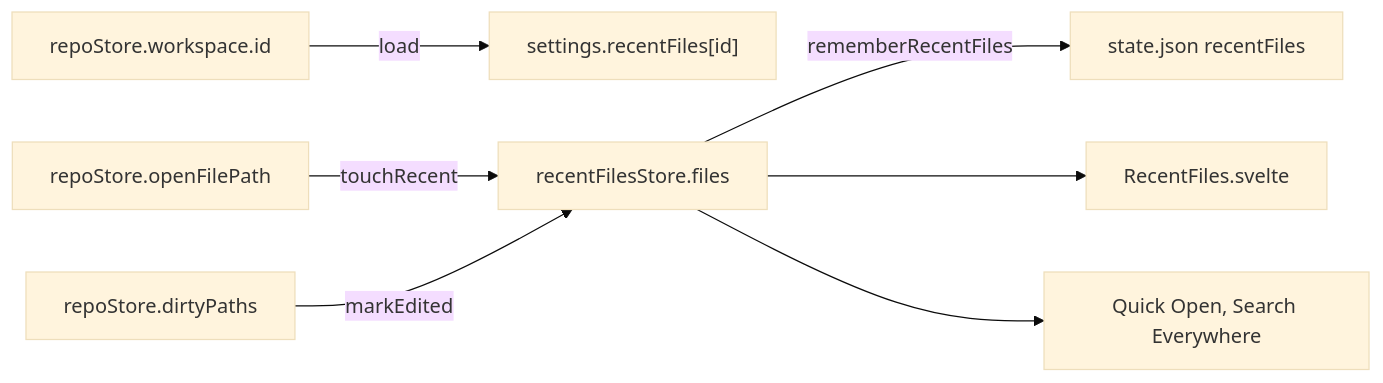
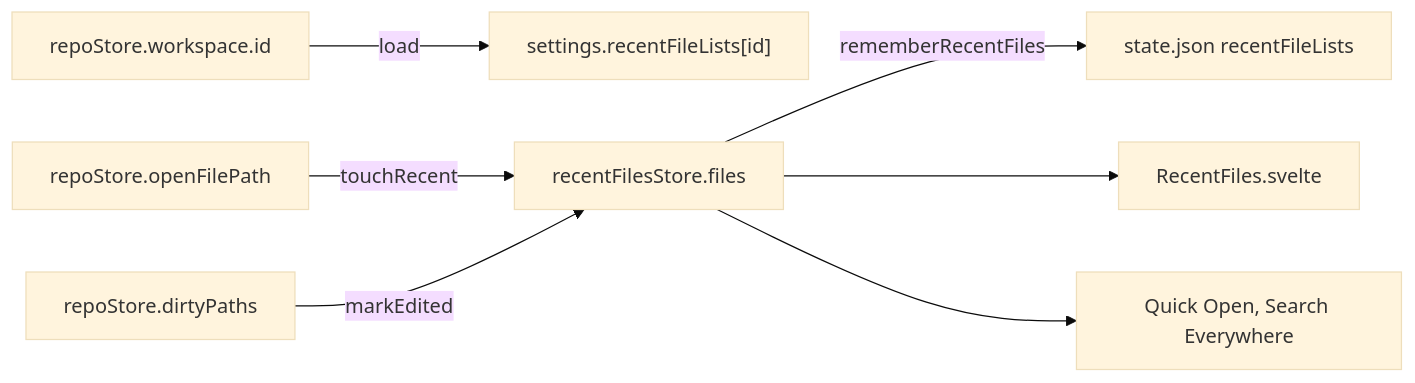
One commit to shibbirweb/git-manager changed the diagram in docs/wiki/developer/How-Recent-Files-Work.md. Above: the diagram before and after it, drawn with Mermaid (base theme). The commit also changed other lines of this file and 14 other files, not shown here.

````diff
--- a/docs/wiki/developer/How-Recent-Files-Work.md
+++ b/docs/wiki/developer/How-Recent-Files-Work.md
@@ -24,9 +24,9 @@
 ```mermaid
 flowchart LR
-  W["repoStore.workspace.id"] -->|load| L["settings.recentFiles[id]"]
+  W["repoStore.workspace.id"] -->|load| L["settings.recentFileLists[id]"]
   O["repoStore.openFilePath"] -->|touchRecent| S["recentFilesStore.files"]
   D["repoStore.dirtyPaths"] -->|markEdited| S
-  S -->|rememberRecentFiles| J["state.json recentFiles"]
+  S -->|rememberRecentFiles| J["state.json recentFileLists"]
   S --> P["RecentFiles.svelte"]
   S --> Q["Quick Open, Search Everywhere"]
 ```
````
